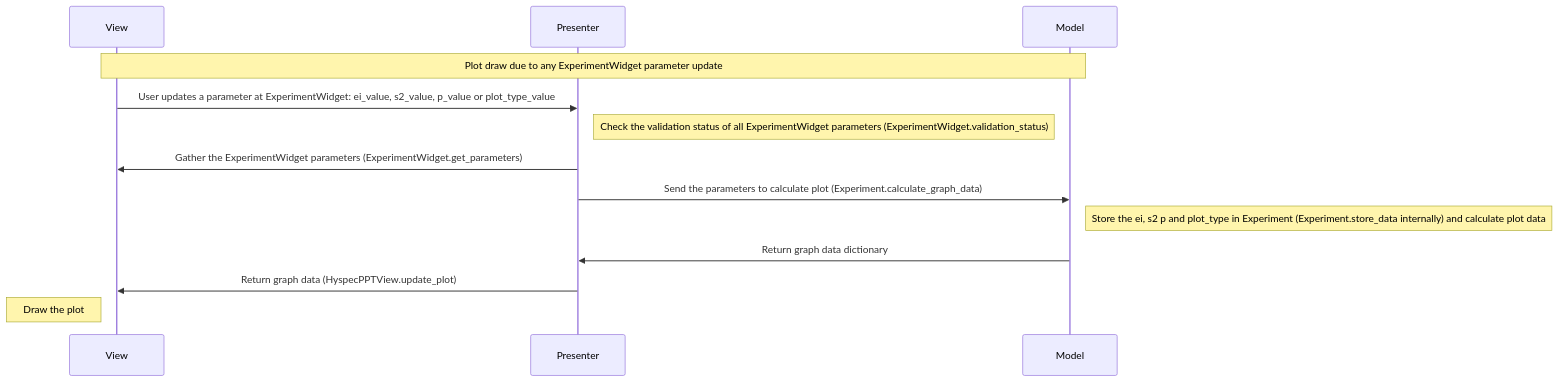
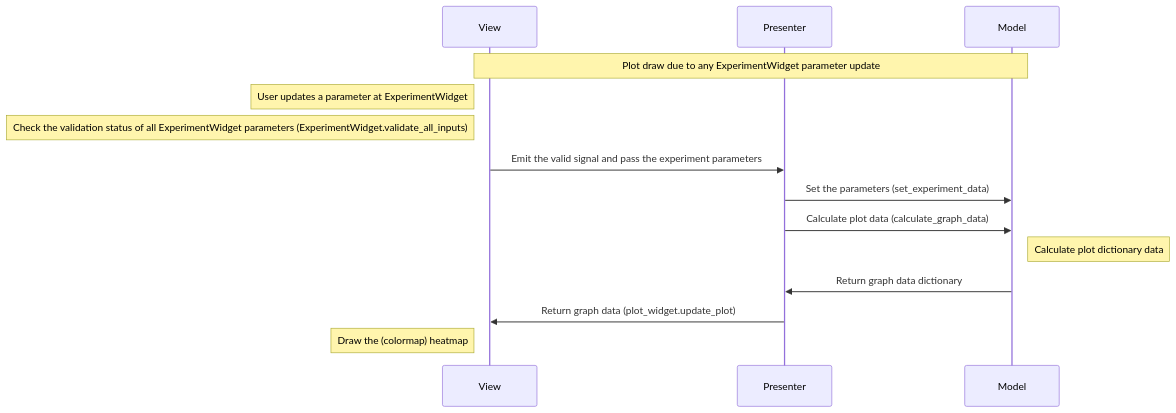
Before and after one commit to neutrons/hyspecppt: the eighth of 14 diagrams in docs/source/design/hyspecpptclasses.rst, drawn with Mermaid. The commit also changed other lines of this file and 8 other files, not shown here.

```diff
--- a/docs/source/design/hyspecpptclasses.rst
+++ b/docs/source/design/hyspecpptclasses.rst
@@ -509,16 +292,17 @@
         .. mermaid::
 
             sequenceDiagram
                 participant View
                 participant Presenter
                 participant Model
 
                 Note over View,Model: Plot draw due to any ExperimentWidget parameter update
-                View->>Presenter: User updates a parameter at ExperimentWidget: ei_value, s2_value, p_value or plot_type_value
-                Note right of Presenter: Check the validation status of all ExperimentWidget parameters (ExperimentWidget.validation_status)
-                Presenter->>View: Gather the ExperimentWidget parameters (ExperimentWidget.get_parameters)
-                Presenter->>Model: Send the parameters to calculate plot (Experiment.calculate_graph_data)
-                Note right of Model: Store the ei, s2 p and plot_type in Experiment (Experiment.store_data internally) and calculate plot data
+                Note left of View: User updates a parameter at ExperimentWidget
+                Note left of View: Check the validation status of all ExperimentWidget parameters (ExperimentWidget.validate_all_inputs)
+                View->>Presenter: Emit the valid signal and pass the experiment parameters
+                Presenter->>Model: Set the parameters (set_experiment_data)
+                Presenter->>Model: Calculate plot data (calculate_graph_data)
+                Note right of Model: Calculate plot dictionary data
                 Model->>Presenter: Return graph data dictionary
-                Presenter->>View: Return graph data (HyspecPPTView.update_plot)
-                Note left of View: Draw the plot
+                Presenter->>View: Return graph data (plot_widget.update_plot)
+                Note left of View: Draw the (colormap) heatmap
```
